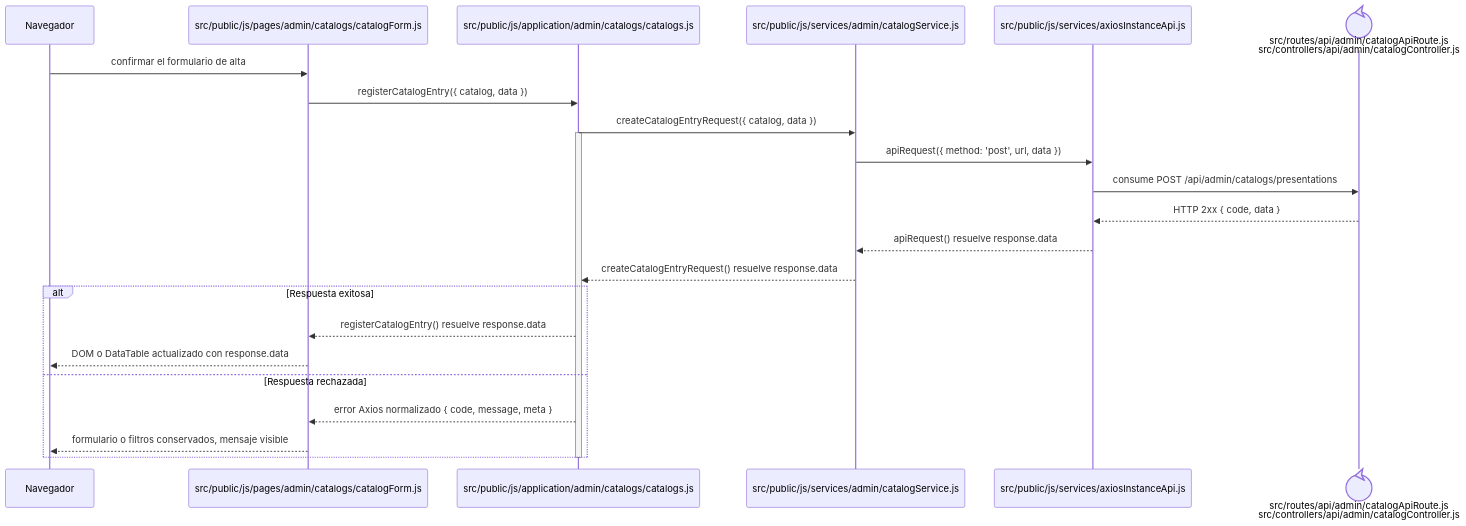
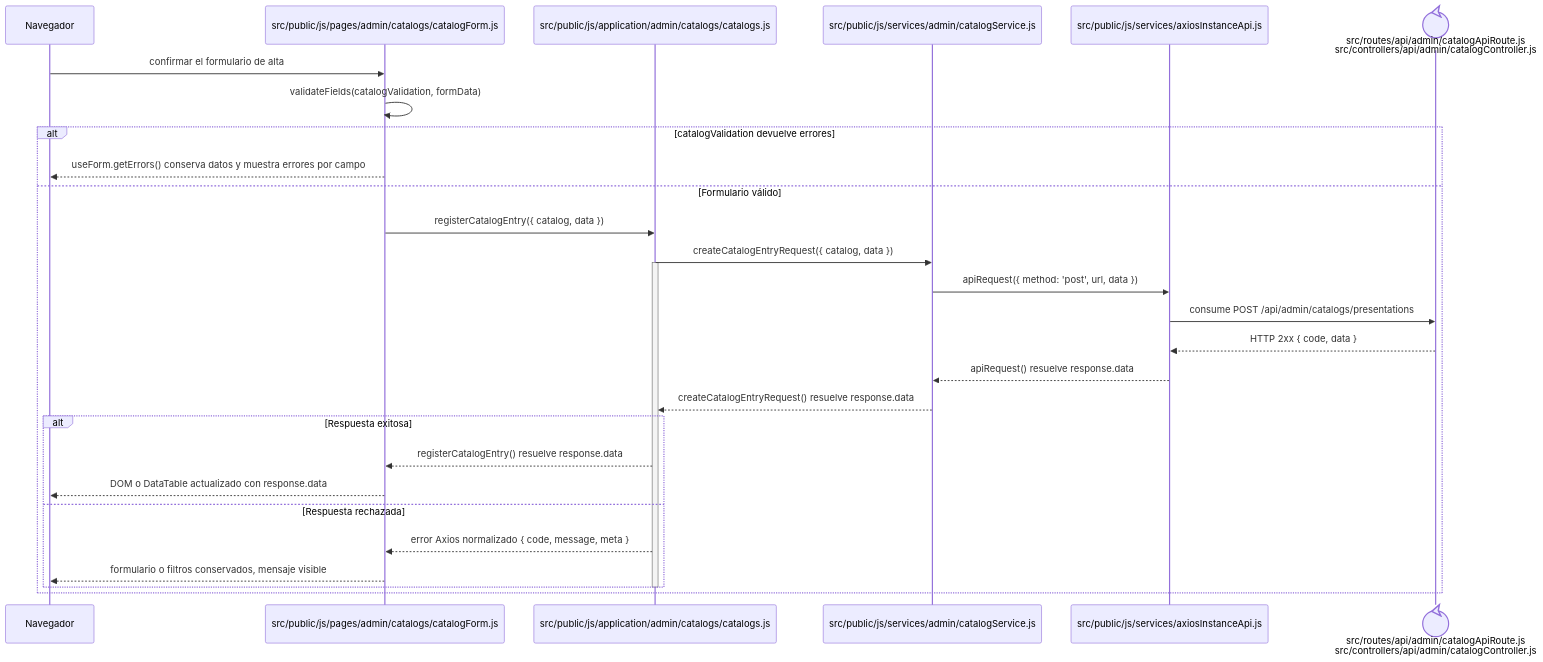
One commit to gpgsistemas01/nexus changed the diagram in docs/architecture/frontend-code-sequences/catalogs/cu-cat-16.md. Above: the diagram before and after it, drawn with Mermaid. The commit also changed 102 other files, not shown here.

````diff
--- a/docs/architecture/frontend-code-sequences/catalogs/cu-cat-16.md
+++ b/docs/architecture/frontend-code-sequences/catalogs/cu-cat-16.md
@@ -6,27 +6,32 @@
 ```mermaid
 sequenceDiagram
     participant Browser as Navegador
     participant View as src/public/js/pages/admin/catalogs/catalogForm.js
     participant Application as src/public/js/application/admin/catalogs/catalogs.js
     participant Request as src/public/js/services/admin/catalogService.js
     participant HTTP as src/public/js/services/axiosInstanceApi.js
     participant Transport@{ "type": "control" } as src/routes/api/admin/catalogApiRoute.js<br/>src/controllers/api/admin/catalogController.js
 
     Browser->>View: confirmar el formulario de alta
-    View->>Application: registerCatalogEntry({ catalog, data })
-    Application->>Request: createCatalogEntryRequest({ catalog, data })
-    activate Application
-    Request->>HTTP: apiRequest({ method: 'post', url, data })
-    HTTP->>Transport: consume POST /api/admin/catalogs/presentations
-    Transport-->>HTTP: HTTP 2xx { code, data }
-    HTTP-->>Request: apiRequest() resuelve response.data
-    Request-->>Application: createCatalogEntryRequest() resuelve response.data
-    alt Respuesta exitosa
-        Application-->>View: registerCatalogEntry() resuelve response.data
-        View-->>Browser: DOM o DataTable actualizado con response.data
-    else Respuesta rechazada
-        Application-->>View: error Axios normalizado { code, message, meta }
-        View-->>Browser: formulario o filtros conservados, mensaje visible
+    View->>View: validateFields(catalogValidation, formData)
+    alt catalogValidation devuelve errores
+        View-->>Browser: useForm.getErrors() conserva datos y muestra errores por campo
+    else Formulario válido
+        View->>Application: registerCatalogEntry({ catalog, data })
+        Application->>Request: createCatalogEntryRequest({ catalog, data })
+        activate Application
+        Request->>HTTP: apiRequest({ method: 'post', url, data })
+        HTTP->>Transport: consume POST /api/admin/catalogs/presentations
+        Transport-->>HTTP: HTTP 2xx { code, data }
+        HTTP-->>Request: apiRequest() resuelve response.data
+        Request-->>Application: createCatalogEntryRequest() resuelve response.data
+        alt Respuesta exitosa
+            Application-->>View: registerCatalogEntry() resuelve response.data
+            View-->>Browser: DOM o DataTable actualizado con response.data
+        else Respuesta rechazada
+            Application-->>View: error Axios normalizado { code, message, meta }
+            View-->>Browser: formulario o filtros conservados, mensaje visible
+        end
+        deactivate Application
     end
-    deactivate Application
 ```
````
